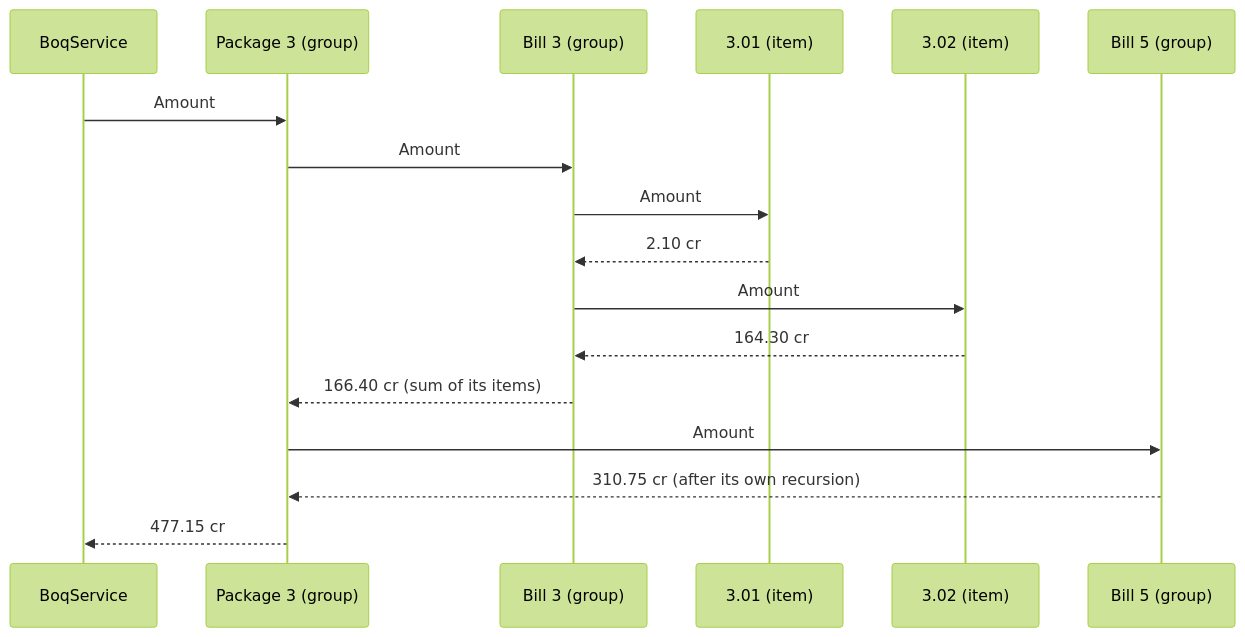
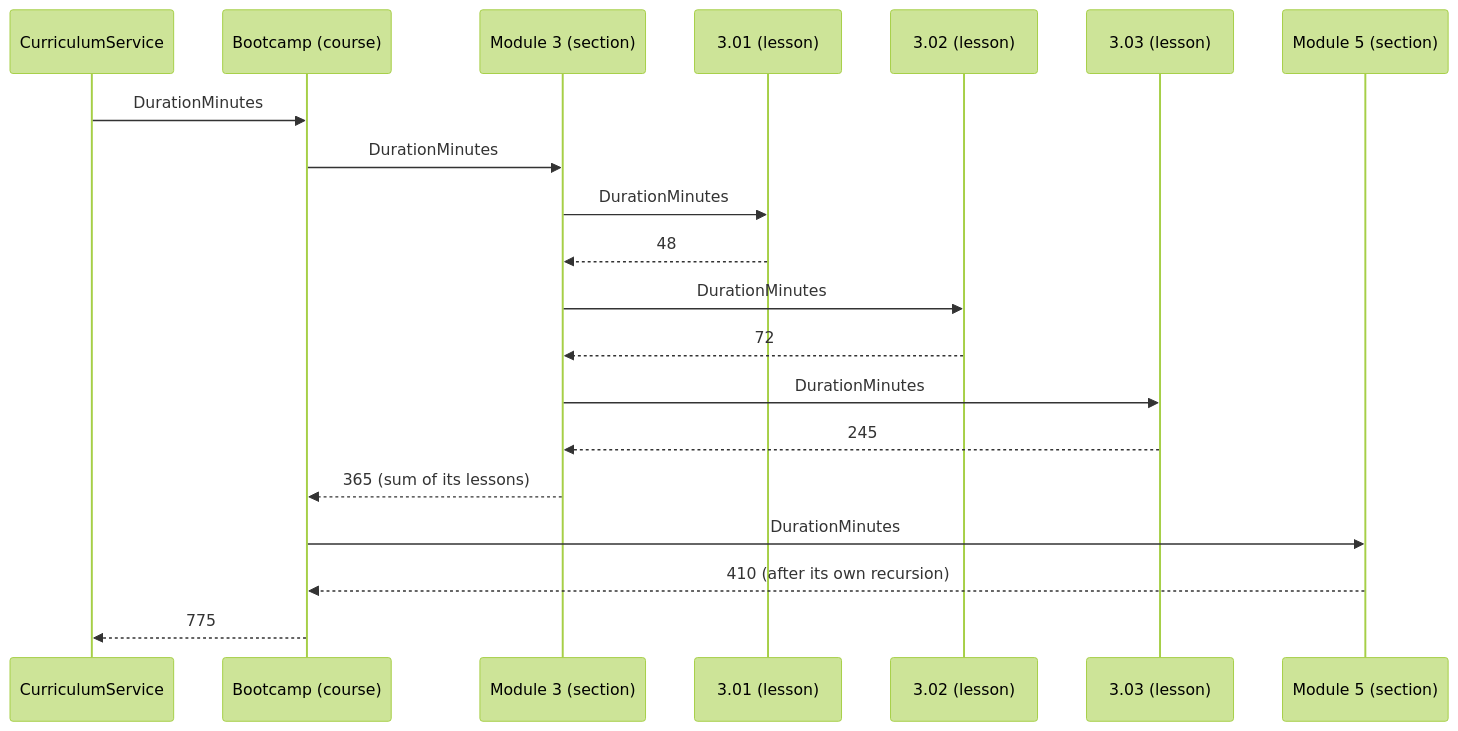
Before and after one commit to rizwi0786/system-design-lab: the second of 3 diagrams in content/lessons/m06/m06-composite.md, drawn with Mermaid (forest theme). The commit also changed other lines of this file and 334 other files, not shown here.

````diff
--- a/content/lessons/m06/m06-composite.md
+++ b/content/lessons/m06/m06-composite.md
@@ -210,19 +214,22 @@
 ```mermaid
 sequenceDiagram
-    participant S as BoqService
-    participant P as Package 3 (group)
-    participant B3 as Bill 3 (group)
-    participant I1 as 3.01 (item)
-    participant I2 as 3.02 (item)
-    participant B5 as Bill 5 (group)
-    S->>P: Amount
-    P->>B3: Amount
-    B3->>I1: Amount
-    I1-->>B3: 2.10 cr
-    B3->>I2: Amount
-    I2-->>B3: 164.30 cr
-    B3-->>P: 166.40 cr (sum of its items)
-    P->>B5: Amount
-    B5-->>P: 310.75 cr (after its own recursion)
-    P-->>S: 477.15 cr
+    participant S as CurriculumService
+    participant C as Bootcamp (course)
+    participant M3 as Module 3 (section)
+    participant L1 as 3.01 (lesson)
+    participant L2 as 3.02 (lesson)
+    participant L3 as 3.03 (lesson)
+    participant M5 as Module 5 (section)
+    S->>C: DurationMinutes
+    C->>M3: DurationMinutes
+    M3->>L1: DurationMinutes
+    L1-->>M3: 48
+    M3->>L2: DurationMinutes
+    L2-->>M3: 72
+    M3->>L3: DurationMinutes
+    L3-->>M3: 245
+    M3-->>C: 365 (sum of its lessons)
+    C->>M5: DurationMinutes
+    M5-->>C: 410 (after its own recursion)
+    C-->>S: 775
 ```
````
